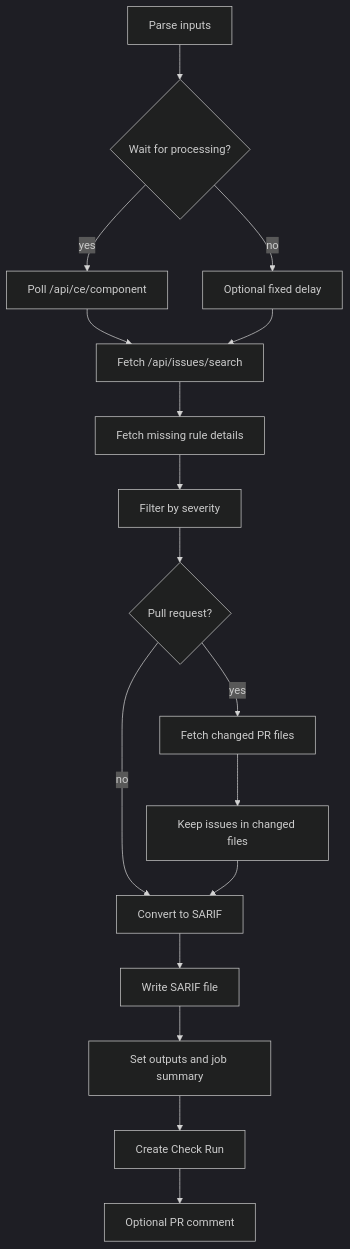
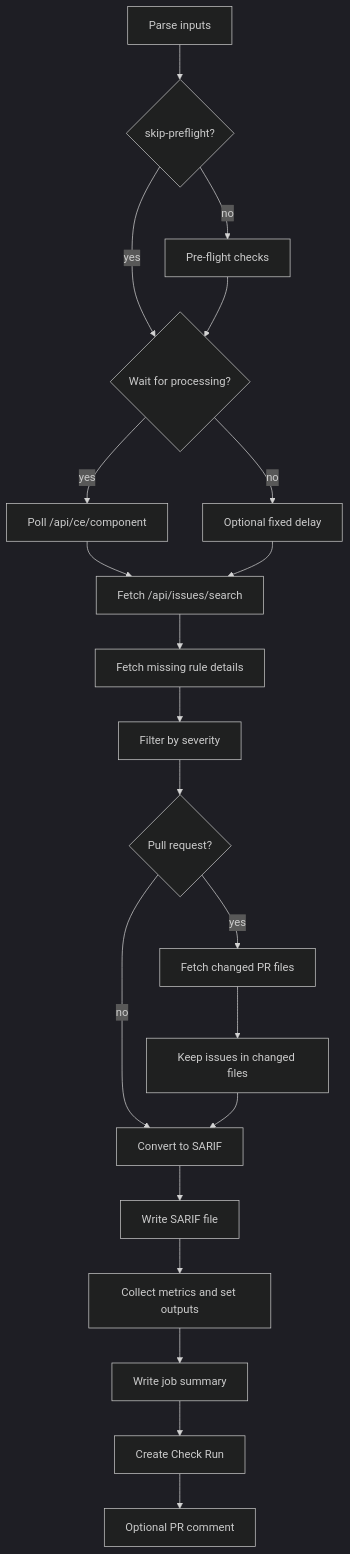
The diagram in docs/RFC-001-technical-design.md (vmvarela/sonarqube-sarif), drawn with Mermaid (dark theme) before and after one commit. The commit also changed other lines of this file and 12 other files, not shown here.

First line of the commit message:
feat: add pre-flight config validation (connectivity, token, project key) (#41)

````diff
--- a/docs/RFC-001-technical-design.md
+++ b/docs/RFC-001-technical-design.md
@@ -39,19 +40,23 @@
 ```mermaid
 flowchart TD
-    A[Parse inputs] --> B{Wait for processing?}
-    B -->|yes| C[Poll /api/ce/component]
-    B -->|no| D[Optional fixed delay]
-    C --> E[Fetch /api/issues/search]
-    D --> E
-    E --> F[Fetch missing rule details]
-    F --> G[Filter by severity]
-    G --> H{Pull request?}
-    H -->|yes| I[Fetch changed PR files]
-    H -->|no| J[Convert to SARIF]
-    I --> K[Keep issues in changed files]
-    K --> J
-    J --> L[Write SARIF file]
-    L --> M[Set outputs and job summary]
-    M --> N[Create Check Run]
-    N --> O[Optional PR comment]
+    A[Parse inputs] --> B{skip-preflight?}
+    B -->|no| C[Pre-flight checks]
+    B -->|yes| D{Wait for processing?}
+    C --> D
+    D -->|yes| E[Poll /api/ce/component]
+    D -->|no| F[Optional fixed delay]
+    E --> G[Fetch /api/issues/search]
+    F --> G
+    G --> H[Fetch missing rule details]
+    H --> I[Filter by severity]
+    I --> J{Pull request?}
+    J -->|yes| K[Fetch changed PR files]
+    J -->|no| L[Convert to SARIF]
+    K --> M[Keep issues in changed files]
+    M --> L
+    L --> N[Write SARIF file]
+    N --> O[Collect metrics and set outputs]
+    O --> P[Write job summary]
+    P --> Q[Create Check Run]
+    Q --> R[Optional PR comment]
 ```
````
